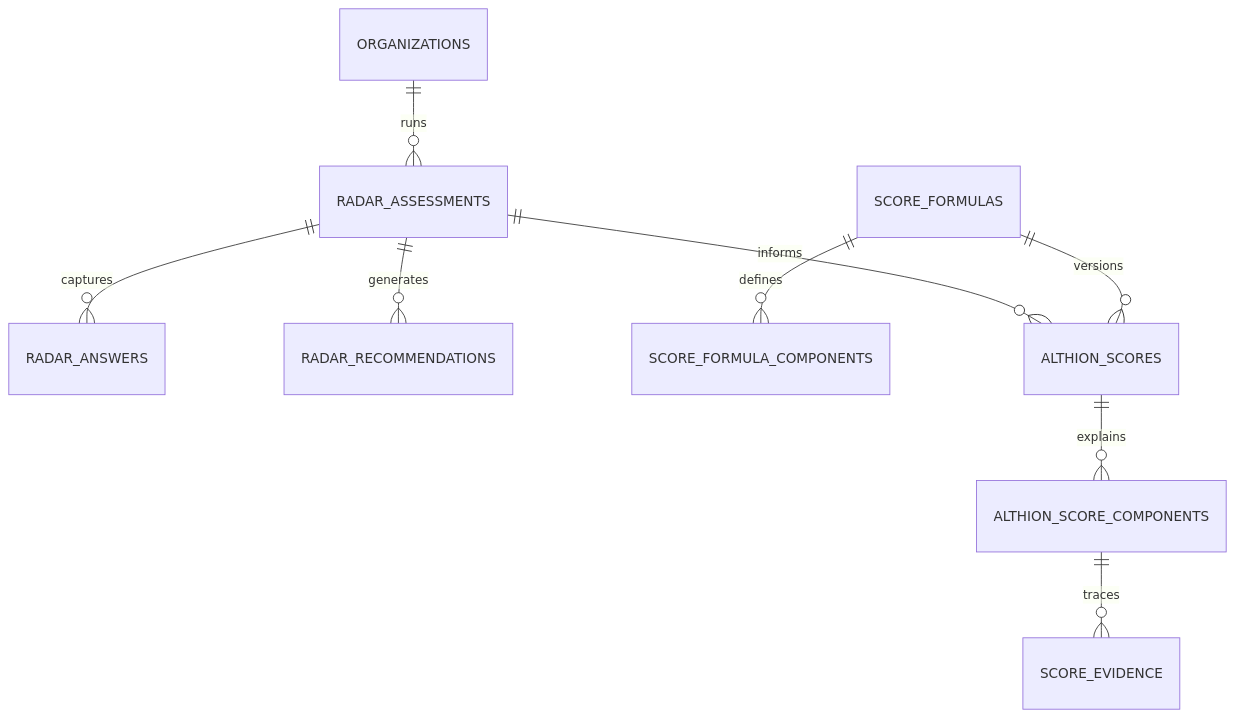
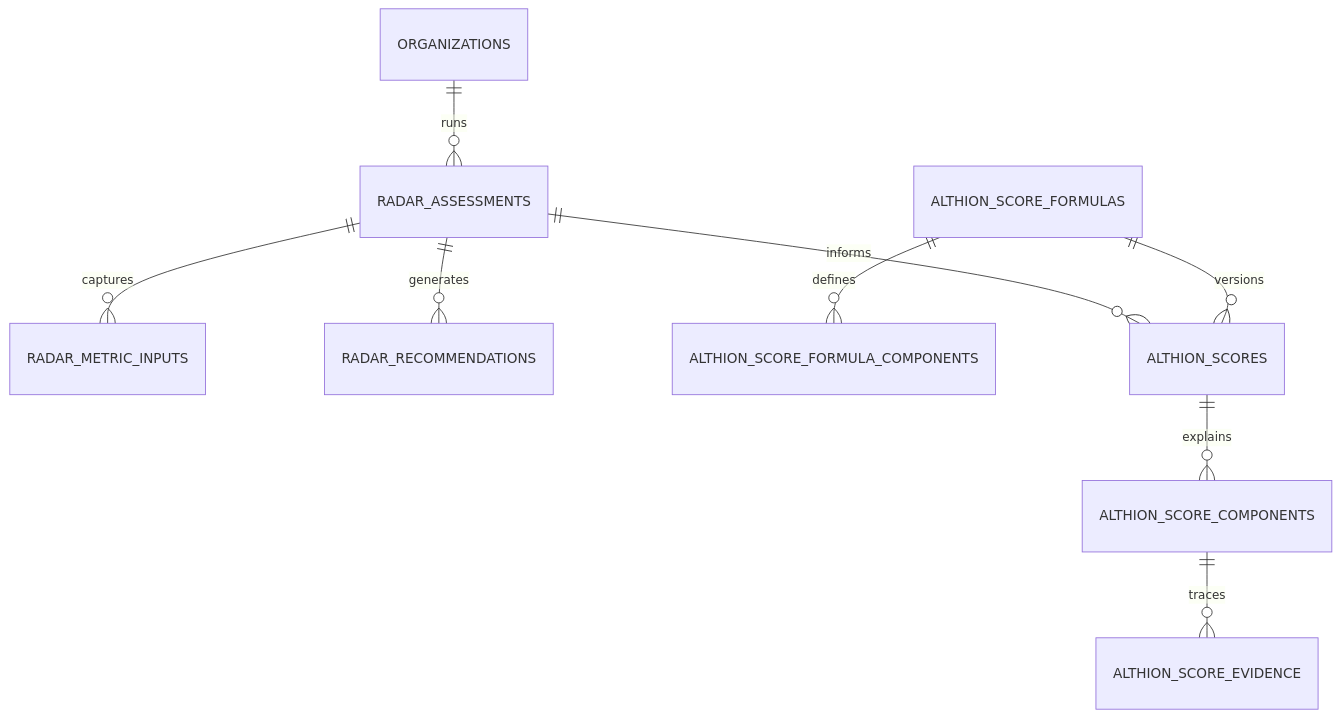
One commit to iagopedro3-create/Althion changed the third of 5 diagrams in docs/architecture/data-model.md. Above: the diagram before and after it, drawn with Mermaid. The commit also changed other lines of this file and 13 other files, not shown here.

````diff
--- a/docs/architecture/data-model.md
+++ b/docs/architecture/data-model.md
@@ -69,11 +69,11 @@
 ```mermaid
 erDiagram
     ORGANIZATIONS ||--o{ RADAR_ASSESSMENTS : runs
-    RADAR_ASSESSMENTS ||--o{ RADAR_ANSWERS : captures
+    RADAR_ASSESSMENTS ||--o{ RADAR_METRIC_INPUTS : captures
     RADAR_ASSESSMENTS ||--o{ RADAR_RECOMMENDATIONS : generates
-    SCORE_FORMULAS ||--o{ SCORE_FORMULA_COMPONENTS : defines
+    ALTHION_SCORE_FORMULAS ||--o{ ALTHION_SCORE_FORMULA_COMPONENTS : defines
     RADAR_ASSESSMENTS ||--o{ ALTHION_SCORES : informs
-    SCORE_FORMULAS ||--o{ ALTHION_SCORES : versions
+    ALTHION_SCORE_FORMULAS ||--o{ ALTHION_SCORES : versions
     ALTHION_SCORES ||--o{ ALTHION_SCORE_COMPONENTS : explains
-    ALTHION_SCORE_COMPONENTS ||--o{ SCORE_EVIDENCE : traces
+    ALTHION_SCORE_COMPONENTS ||--o{ ALTHION_SCORE_EVIDENCE : traces
 ```
````
